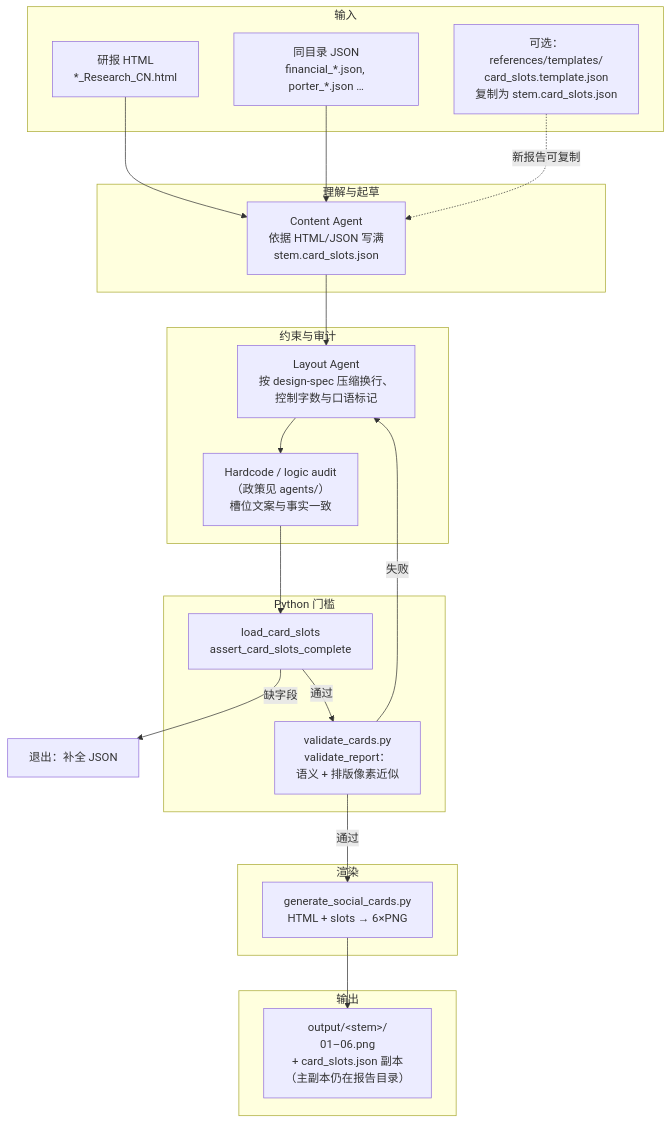
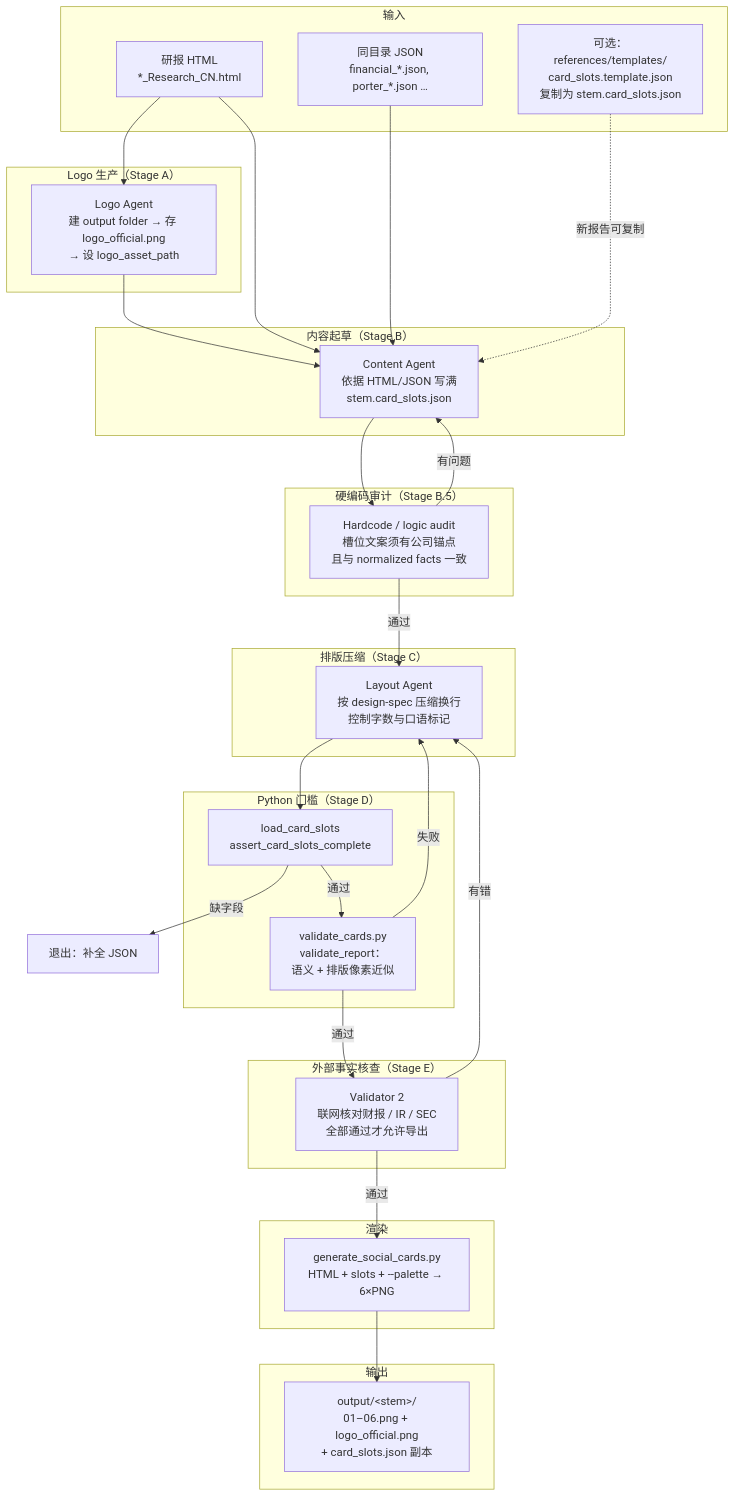
Before and after one commit to pppop00/equity-photo-cards-skill: the first of 5 diagrams in references/workflow-flowchart.md, drawn with Mermaid. The commit also changed other lines of this file and 17 other files, not shown here.

````diff
--- a/references/workflow-flowchart.md
+++ b/references/workflow-flowchart.md
@@ -24,42 +24,58 @@
 ```mermaid
 flowchart TB
     subgraph INPUT["输入"]
         HTML["研报 HTML\n*_Research_CN.html"]
         JSON["同目录 JSON\nfinancial_*.json, porter_*.json …"]
         TPL["可选：references/templates/\ncard_slots.template.json\n复制为 stem.card_slots.json"]
     end
 
-    subgraph EXTRACT["理解与起草"]
+    subgraph LOGO["Logo 生产（Stage A）"]
+        LG["Logo Agent\n建 output folder → 存 logo_official.png\n→ 设 logo_asset_path"]
+    end
+
+    subgraph EXTRACT["内容起草（Stage B）"]
         C["Content Agent\n依据 HTML/JSON 写满\nstem.card_slots.json"]
     end
 
-    subgraph REFINE["约束与审计"]
-        L["Layout Agent\n按 design-spec 压缩换行、\n控制字数与口语标记"]
-        H["Hardcode / logic audit\n（政策见 agents/）\n槽位文案与事实一致"]
+    subgraph AUDIT["硬编码审计（Stage B.5）"]
+        H["Hardcode / logic audit\n槽位文案须有公司锚点\n且与 normalized facts 一致"]
     end
 
-    subgraph GATE["Python 门槛"]
+    subgraph REFINE["排版压缩（Stage C）"]
+        L["Layout Agent\n按 design-spec 压缩换行\n控制字数与口语标记"]
+    end
+
+    subgraph GATE["Python 门槛（Stage D）"]
         A["load_card_slots\nassert_card_slots_complete"]
         V["validate_cards.py\nvalidate_report：\n语义 + 排版像素近似"]
     end
 
+    subgraph V2["外部事实核查（Stage E）"]
+        F2["Validator 2\n联网核对财报 / IR / SEC\n全部通过才允许导出"]
+    end
+
     subgraph RENDER["渲染"]
-        G["generate_social_cards.py\nHTML + slots → 6×PNG"]
+        G["generate_social_cards.py\nHTML + slots + --palette → 6×PNG"]
     end
 
     subgraph OUT["输出"]
-        PNG["output/&lt;stem&gt;/\n01–06.png\n+ card_slots.json 副本\n（主副本仍在报告目录）"]
+        PNG["output/&lt;stem&gt;/\n01–06.png + logo_official.png\n+ card_slots.json 副本"]
     end
 
     TPL -.->|新报告可复制| C
+    HTML --> LG
     HTML --> C
     JSON --> C
-    C --> L
-    L --> H
-    H --> A
+    LG --> C
+    C --> H
+    H -->|有问题| C
+    H -->|通过| L
+    L --> A
     A -->|缺字段| ERR["退出：补全 JSON"]
     A -->|通过| V
     V -->|失败| L
-    V -->|通过| G
+    V -->|通过| F2
+    F2 -->|有错| L
+    F2 -->|通过| G
     G --> PNG
 ```
````
